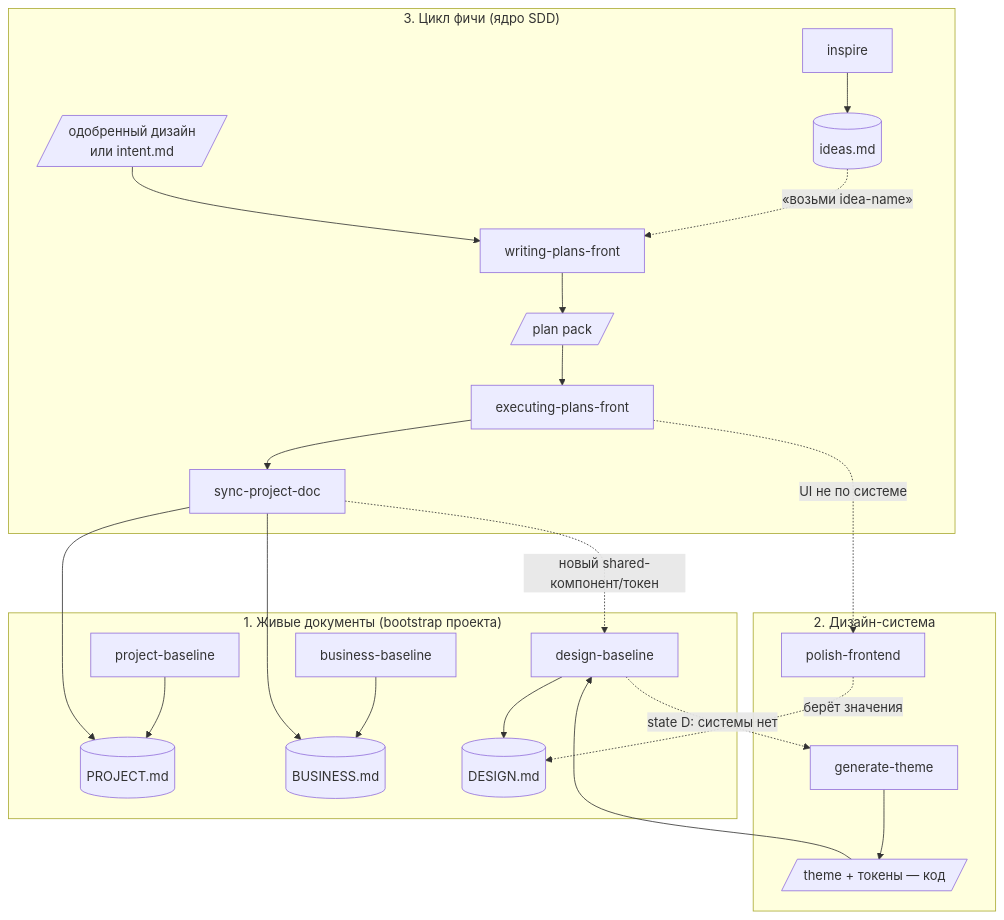
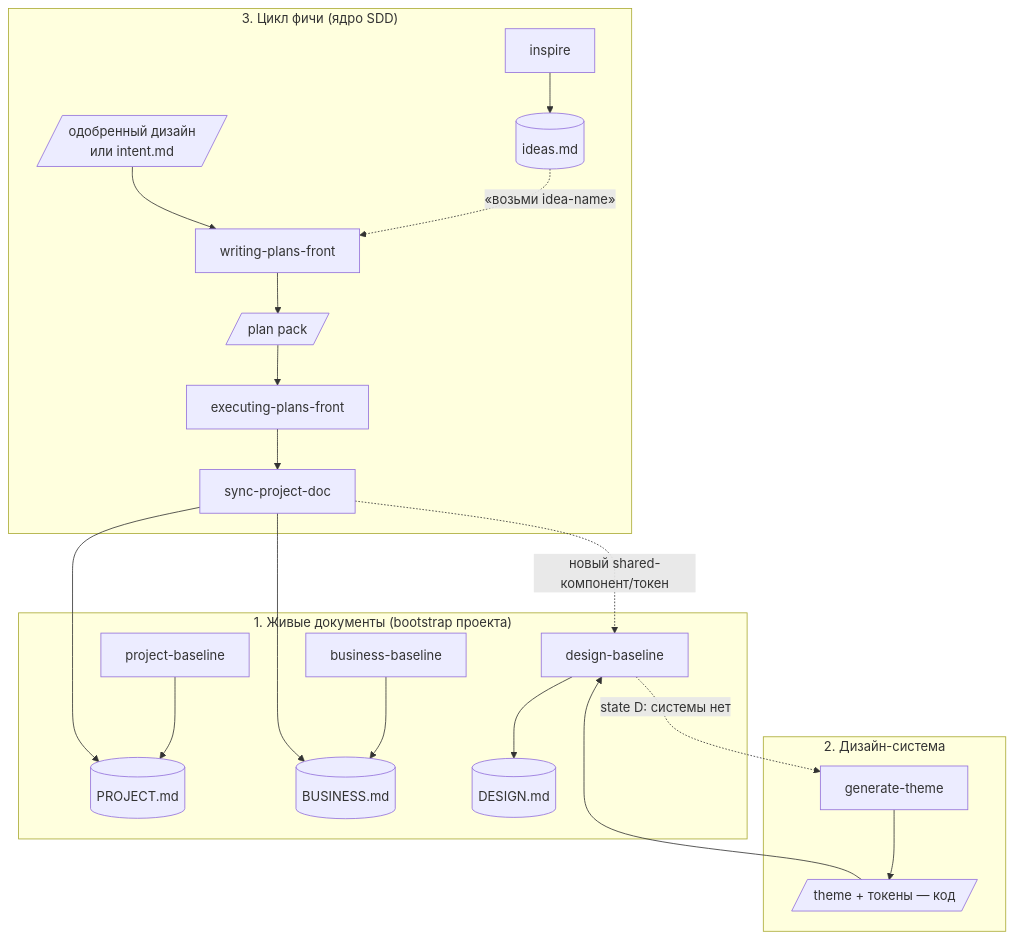
The diagram in front-loop-2.0/PIPELINE.md (Xoxxloma/sdd-skills), drawn with Mermaid before and after one commit. The commit also changed other lines of this file and 15 other files, not shown here.

````diff
--- a/front-loop-2.0/PIPELINE.md
+++ b/front-loop-2.0/PIPELINE.md
@@ -25,28 +25,26 @@
 ```mermaid
 flowchart TD
   subgraph SETUP["1. Живые документы (bootstrap проекта)"]
     PB[project-baseline] --> PROJ[(PROJECT.md)]
     BB[business-baseline] --> BUS[(BUSINESS.md)]
     DB[design-baseline] --> DES[(DESIGN.md)]
   end
 
   subgraph DESIGNSYS["2. Дизайн-система"]
     GT[generate-theme] --> THEME[/theme + токены — код/]
     THEME --> DB
     DB -. "state D: системы нет" .-> GT
-    POL[polish-frontend] -. "берёт значения" .-> DES
   end
 
   subgraph LOOP["3. Цикл фичи (ядро SDD)"]
     INS[inspire] --> IDEAS[(ideas.md)]
     IDEAS -. "«возьми idea-name»" .-> WP[writing-plans-front]
     DESIGN_IN[/одобренный дизайн\nили intent.md/] --> WP
     WP --> PLAN[/plan pack/]
     PLAN --> EX[executing-plans-front]
     EX --> SYNC[sync-project-doc]
-    EX -. "UI не по системе" .-> POL
     SYNC --> PROJ
     SYNC --> BUS
     SYNC -. "новый shared-компонент/токен" .-> DB
   end
 ```
````
